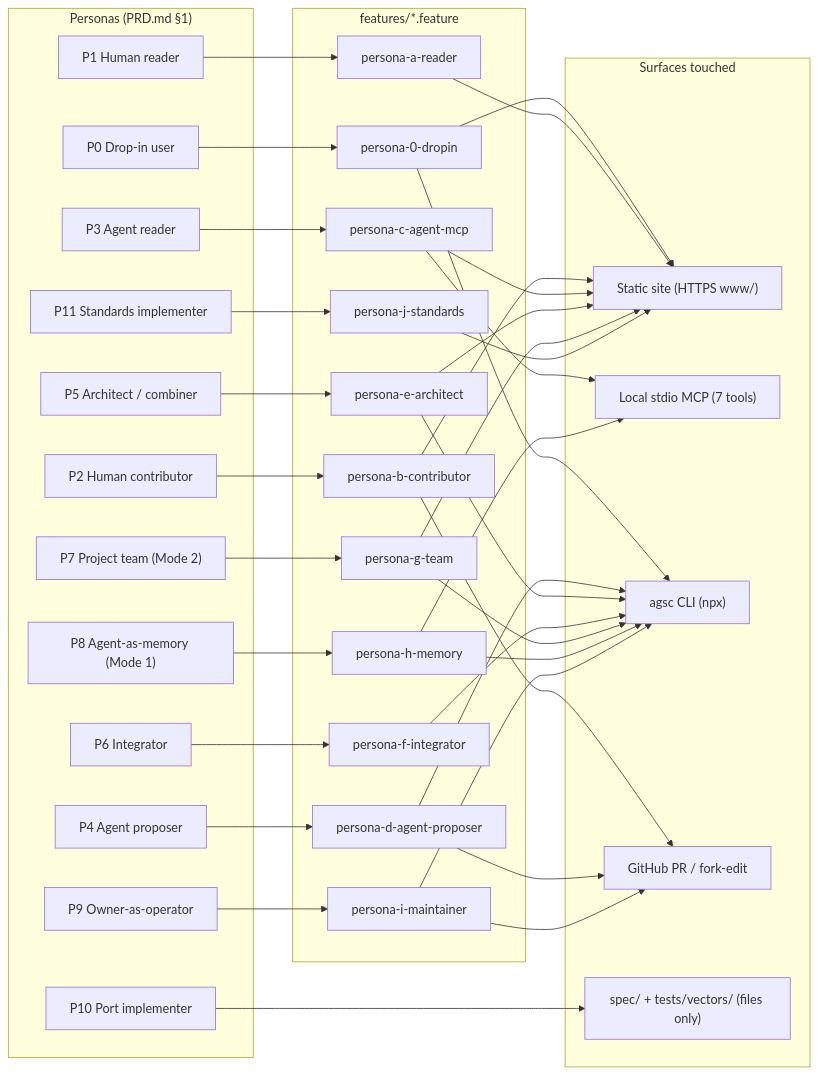
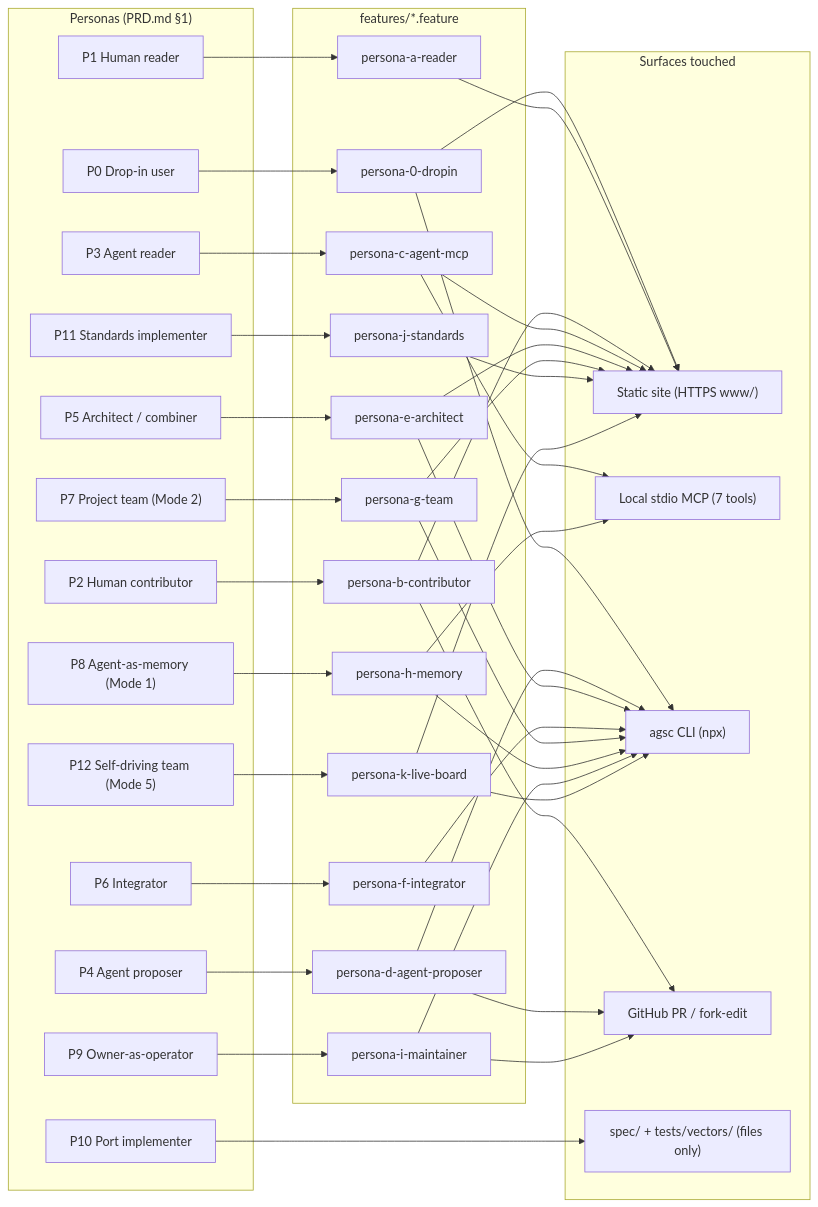
Before and after one commit to andreibesleaga/agentic-system-core: the diagram in docs/diagrams/scenario-map.md, drawn with Mermaid. The commit also changed other lines of this file and 229 other files, not shown here.

Commit message:
WP-10: reference engine M1-M6 on pinned libraries (D94); live board rename (D96); V8 corrections

````diff
--- a/docs/diagrams/scenario-map.md
+++ b/docs/diagrams/scenario-map.md
@@ -3,60 +5,64 @@
 ```mermaid
 flowchart LR
   subgraph PERSONAS["Personas (PRD.md §1)"]
     P0["P0 Drop-in user"]
     P1["P1 Human reader"]
     P2["P2 Human contributor"]
     P3["P3 Agent reader"]
     P4["P4 Agent proposer"]
     P5["P5 Architect / combiner"]
     P6["P6 Integrator"]
     P7["P7 Project team (Mode 2)"]
     P8["P8 Agent-as-memory (Mode 1)"]
     P9["P9 Owner-as-operator"]
     P10["P10 Port implementer"]
     P11["P11 Standards implementer"]
+    P12["P12 Self-driving team (Mode 5)"]
   end
 
   subgraph FEATURES["features/*.feature"]
     F0["persona-0-dropin"]
     Fa["persona-a-reader"]
     Fb["persona-b-contributor"]
     Fc["persona-c-agent-mcp"]
     Fd["persona-d-agent-proposer"]
     Fe["persona-e-architect"]
     Ff["persona-f-integrator"]
     Fg["persona-g-team"]
     Fh["persona-h-memory"]
     Fi["persona-i-maintainer"]
     Fj["persona-j-standards"]
+    Fk["persona-k-live-board"]
   end
 
   subgraph SURFACES["Surfaces touched"]
     SITE["Static site (HTTPS www/)"]
     MCP["Local stdio MCP (7 tools)"]
     CLI["agsc CLI (npx)"]
     PR["GitHub PR / fork-edit"]
     FILES["spec/ + tests/vectors/ (files only)"]
   end
 
   P0 --> F0 --> CLI
   F0 --> SITE
   P1 --> Fa --> SITE
   P2 --> Fb --> SITE
   Fb --> PR
   P3 --> Fc --> MCP
   Fc --> SITE
   P4 --> Fd --> CLI
   Fd --> PR
   P5 --> Fe --> SITE
   Fe --> CLI
   P6 --> Ff --> CLI
   P7 --> Fg --> CLI
   Fg --> SITE
   P8 --> Fh --> CLI
   Fh --> MCP
   P9 --> Fi --> CLI
   Fi --> PR
   P10 --> FILES
   P11 --> Fj --> SITE
+  P12 --> Fk --> CLI
+  Fk --> SITE
 ```
````
